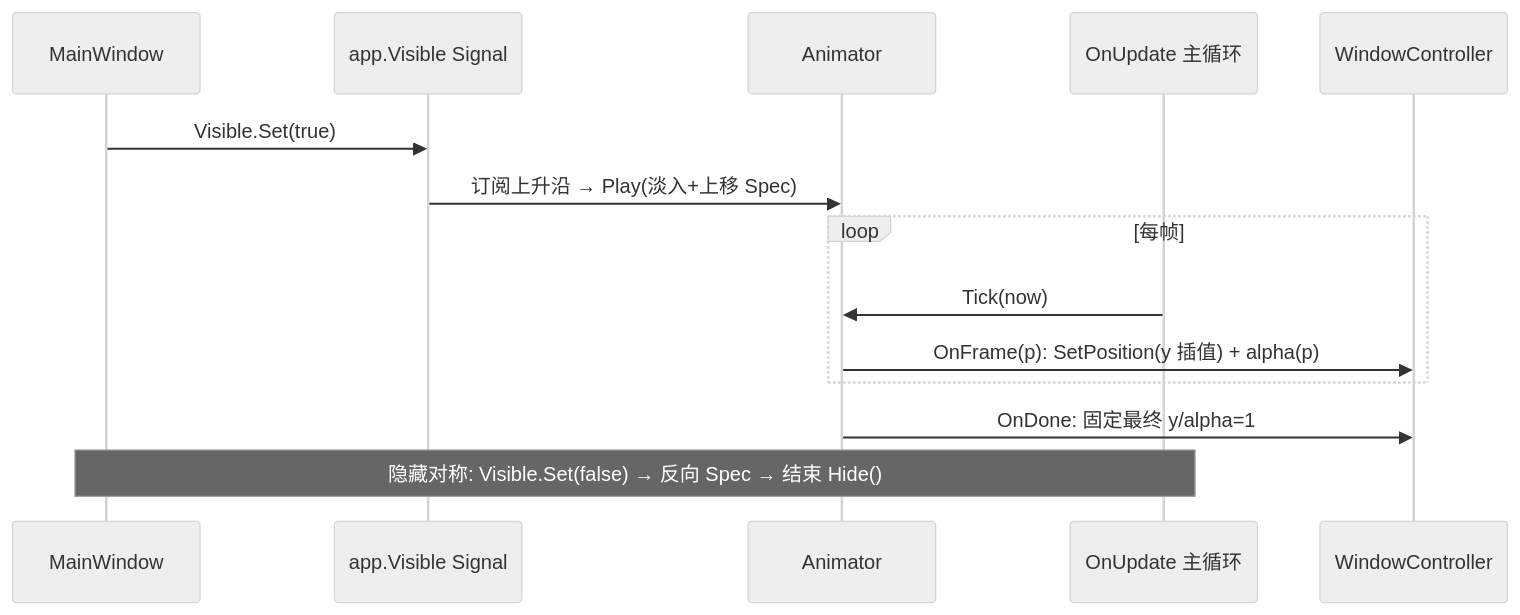
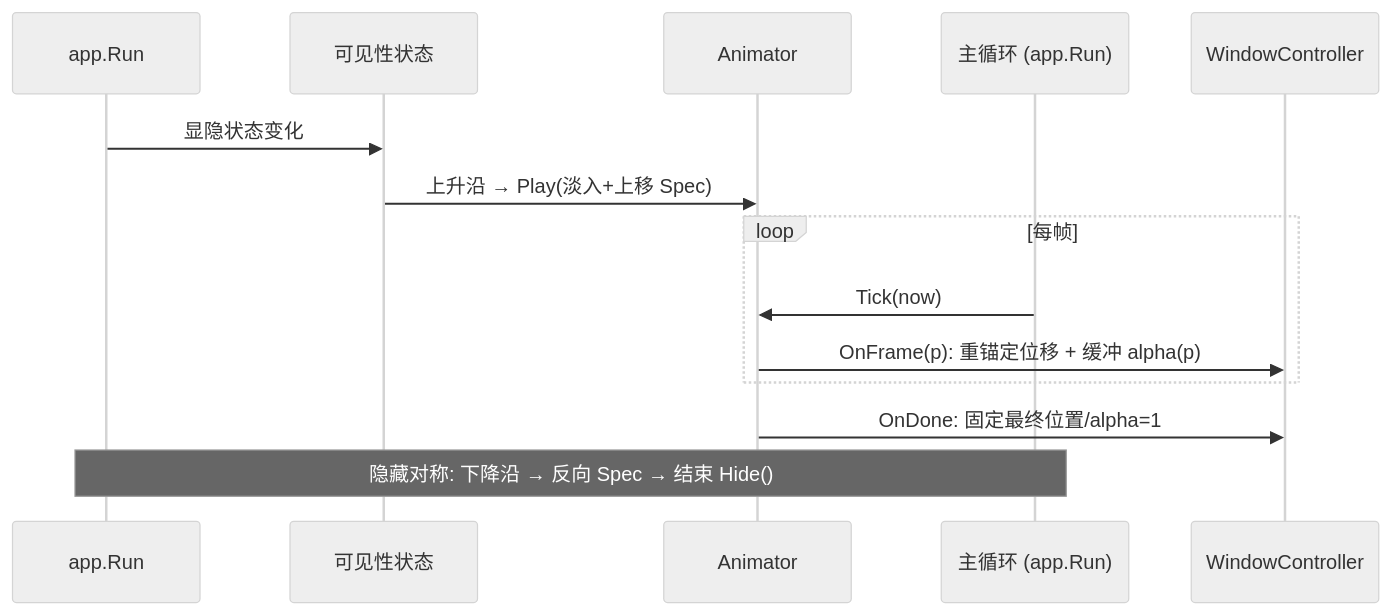
Before and after one commit to shaolei/DeskCalendar: the third of 4 diagrams in docs/90-UI/Animation.md, drawn with Mermaid (neutral theme). The commit also changed other lines of this file and 25 other files, not shown here.

````diff
--- a/docs/90-UI/Animation.md
+++ b/docs/90-UI/Animation.md
@@ -111,17 +111,17 @@
 ```mermaid
 sequenceDiagram
-    participant MW as MainWindow
-    participant V as app.Visible Signal
+    participant MW as app.Run
+    participant V as 可见性状态
     participant A as Animator
-    participant L as OnUpdate 主循环
+    participant L as 主循环 (app.Run)
     participant WC as WindowController
 
-    MW->>V: Visible.Set(true)
-    V->>A: 订阅上升沿 → Play(淡入+上移 Spec)
+    MW->>V: 显隐状态变化
+    V->>A: 上升沿 → Play(淡入+上移 Spec)
     loop 每帧
         L->>A: Tick(now)
-        A->>WC: OnFrame(p): SetPosition(y 插值) + alpha(p)
+        A->>WC: OnFrame(p): 重锚定位移 + 缓冲 alpha(p)
     end
-    A->>WC: OnDone: 固定最终 y/alpha=1
-    Note over MW,L: 隐藏对称: Visible.Set(false) → 反向 Spec → 结束 Hide()
+    A->>WC: OnDone: 固定最终位置/alpha=1
+    Note over MW,L: 隐藏对称: 下降沿 → 反向 Spec → 结束 Hide()
 ```
````
